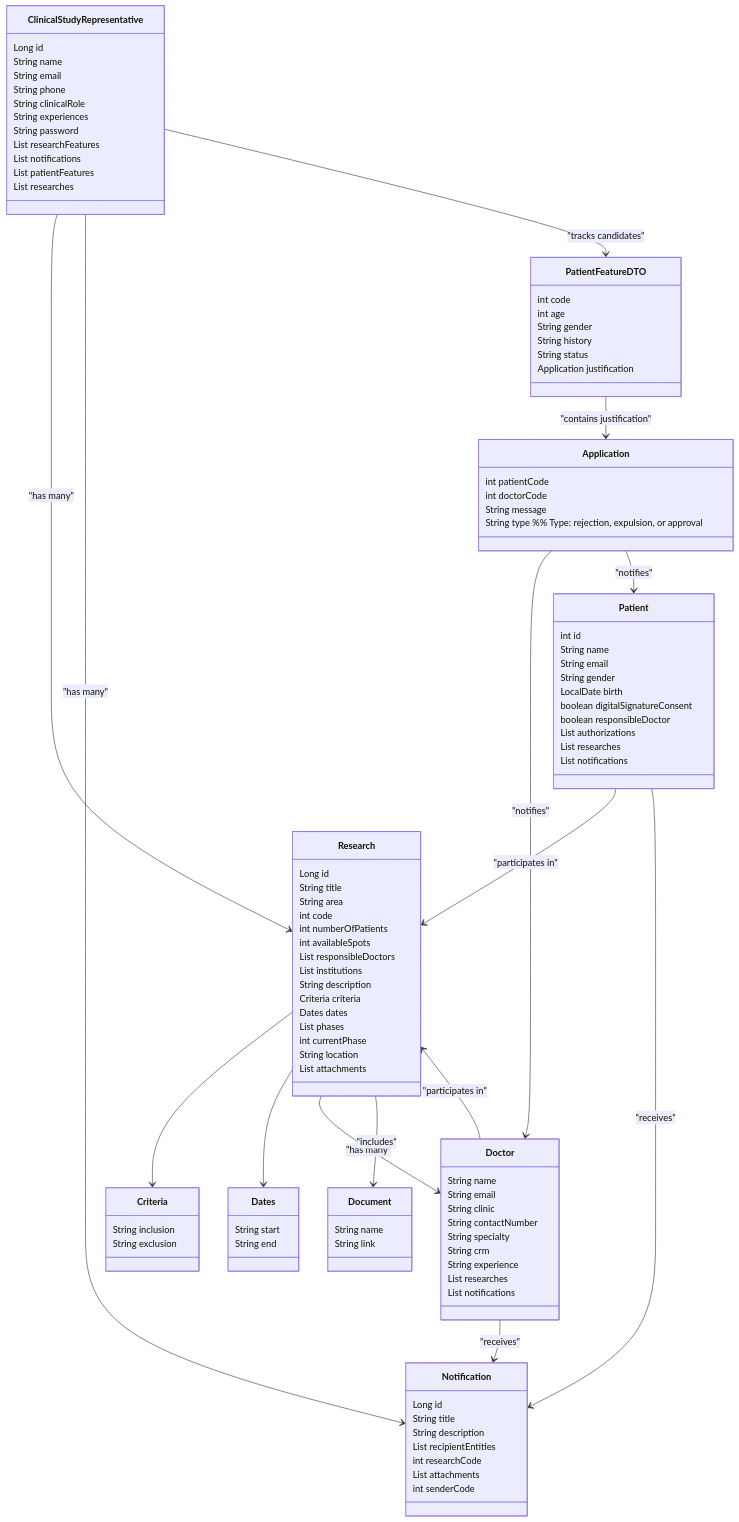
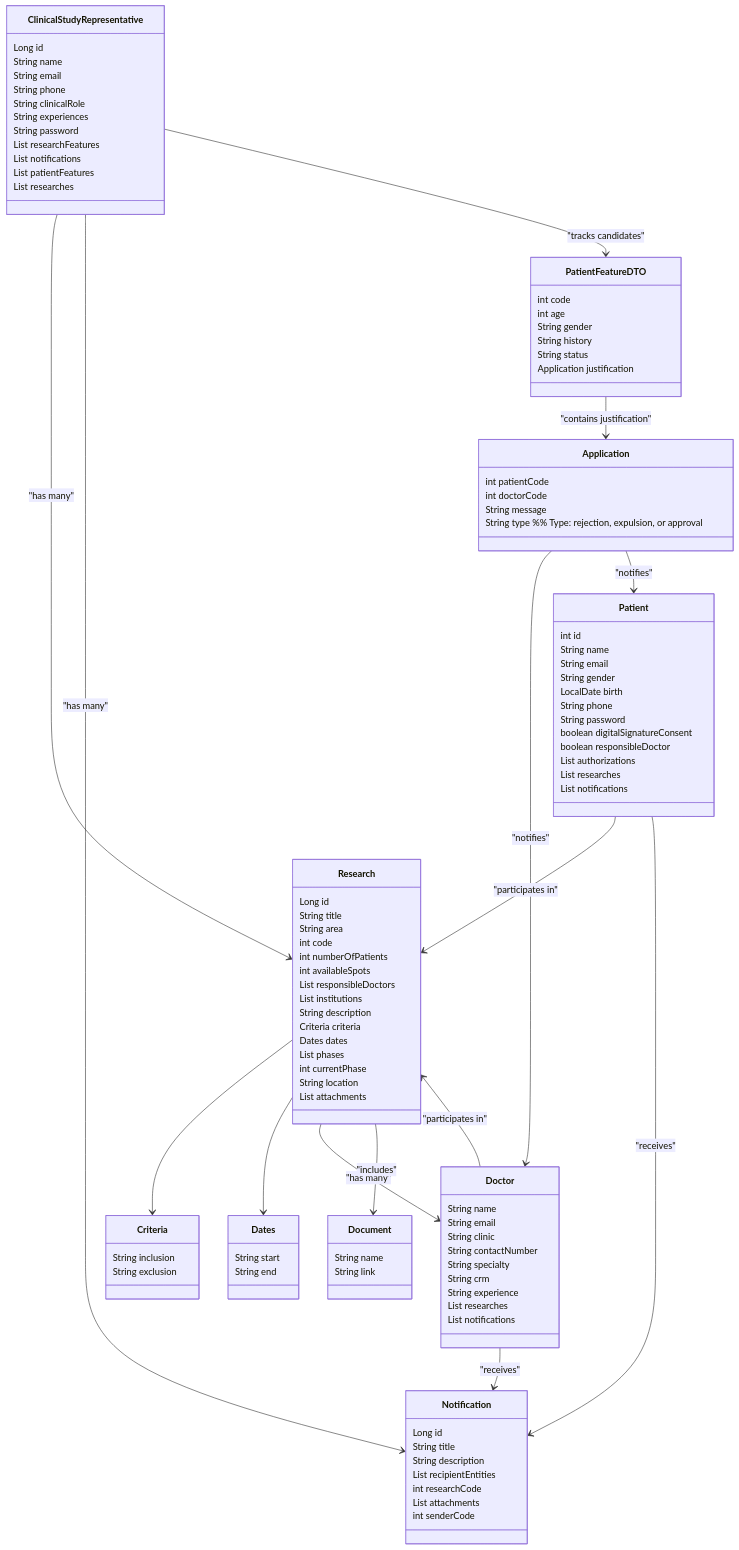
One commit to andrefilipe1310/inovamed- changed the third of 15 diagrams in README.md. Above: the diagram before and after it, drawn with Mermaid.

```diff
--- a/README.md
+++ b/README.md
@@ -106,6 +106,8 @@
         String email
         String gender
         LocalDate birth
+        String phone
+        String password
         boolean digitalSignatureConsent
         boolean responsibleDoctor
         List<String> authorizations
```
